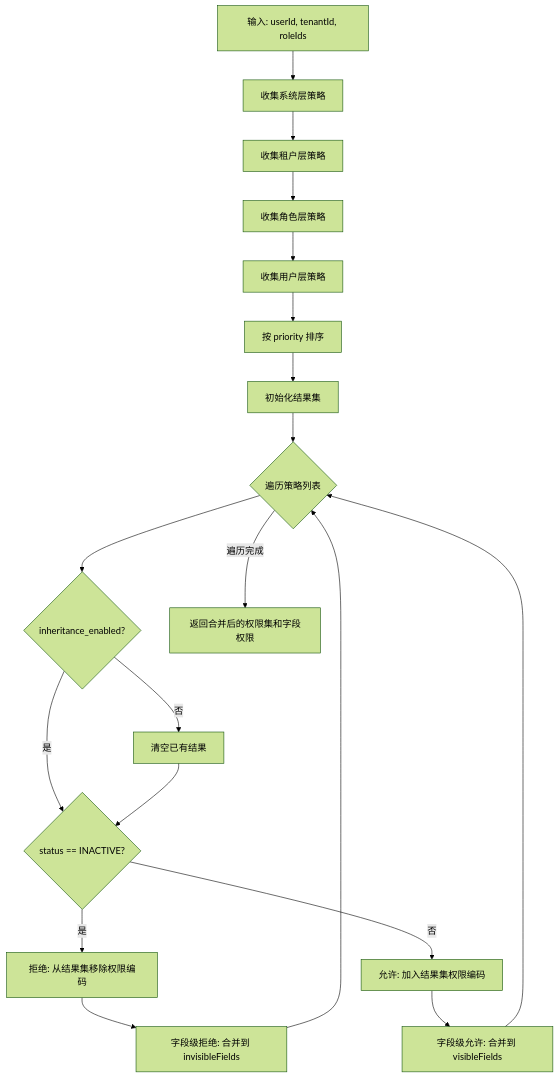
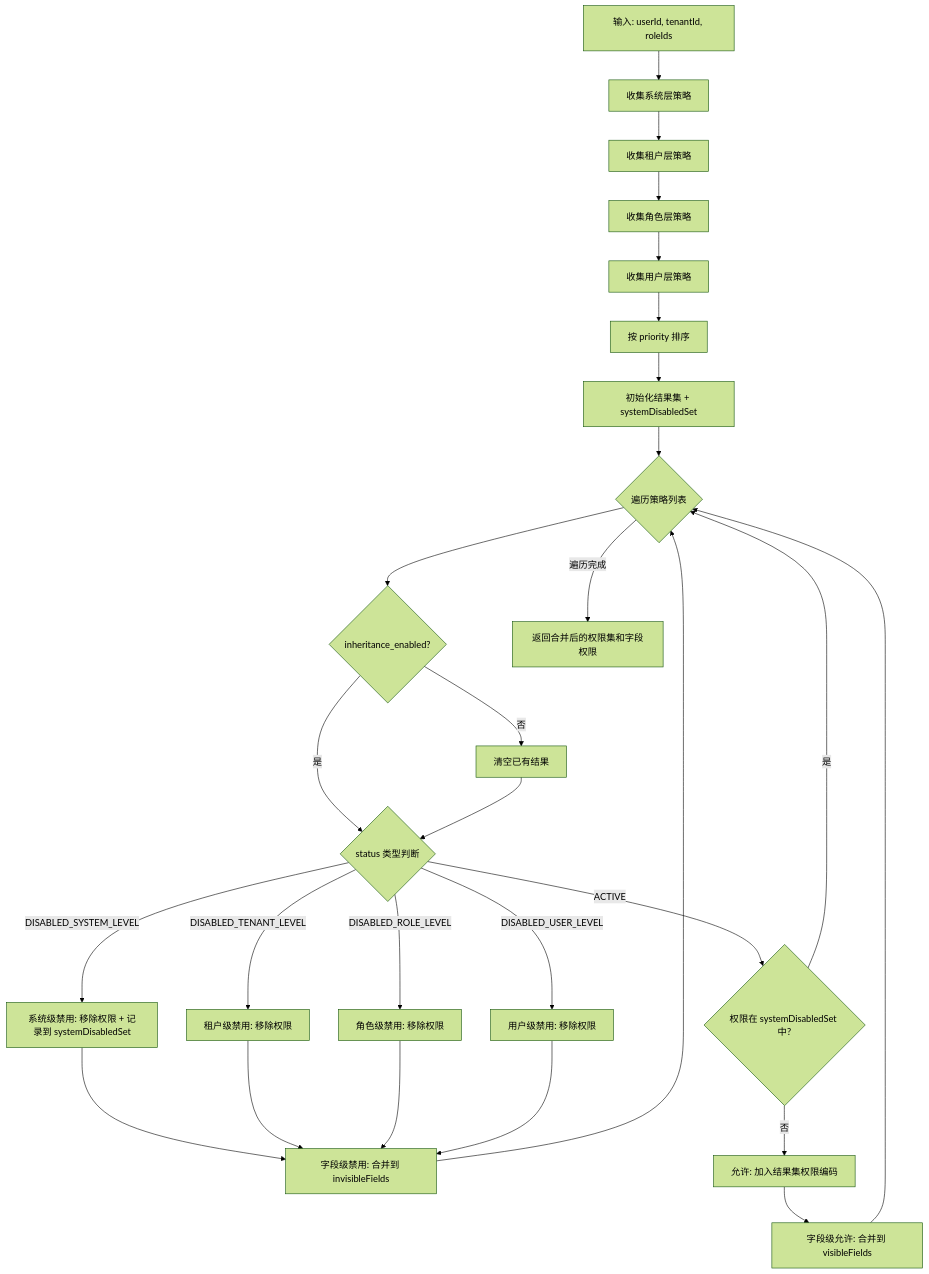
Before and after one commit to shy-doki/nexusix-platform: diagram 12 of 15 in docs/LLD.md, drawn with Mermaid (forest theme). The commit also changed other lines of this file and 7 other files, not shown here.

````diff
--- a/docs/LLD.md
+++ b/docs/LLD.md
@@ -1060,23 +1950,31 @@
 ```mermaid
 flowchart TD
     A[输入: userId, tenantId, roleIds] --> B[收集系统层策略]
     B --> C[收集租户层策略]
     C --> D[收集角色层策略]
     D --> E[收集用户层策略]
     E --> F[按 priority 排序]
-    F --> G[初始化结果集]
+    F --> G[初始化结果集 + systemDisabledSet]
 
     G --> H{遍历策略列表}
     H --> I{inheritance_enabled?}
     I -- 否 --> J[清空已有结果]
-    I -- 是 --> K{status == INACTIVE?}
+    I -- 是 --> K{status 类型判断}
     J --> K
-    K -- 是 --> L[拒绝: 从结果集移除权限编码]
-    L --> M[字段级拒绝: 合并到 invisibleFields]
-    K -- 否 --> N[允许: 加入结果集权限编码]
-    N --> O[字段级允许: 合并到 visibleFields]
+    K -- DISABLED_SYSTEM_LEVEL --> L1[系统级禁用: 移除权限 + 记录到 systemDisabledSet]
+    L1 --> M[字段级禁用: 合并到 invisibleFields]
+    K -- DISABLED_TENANT_LEVEL --> L2[租户级禁用: 移除权限]
+    L2 --> M
+    K -- DISABLED_ROLE_LEVEL --> L3[角色级禁用: 移除权限]
+    L3 --> M
+    K -- DISABLED_USER_LEVEL --> L4[用户级禁用: 移除权限]
+    L4 --> M
+    K -- ACTIVE --> N{权限在 systemDisabledSet 中?}
+    N -- 是 --> H
+    N -- 否 --> O[允许: 加入结果集权限编码]
+    O --> P[字段级允许: 合并到 visibleFields]
     M --> H
-    O --> H
+    P --> H
 
-    H -- 遍历完成 --> P[返回合并后的权限集和字段权限]
+    H -- 遍历完成 --> Q[返回合并后的权限集和字段权限]
 ```
````
